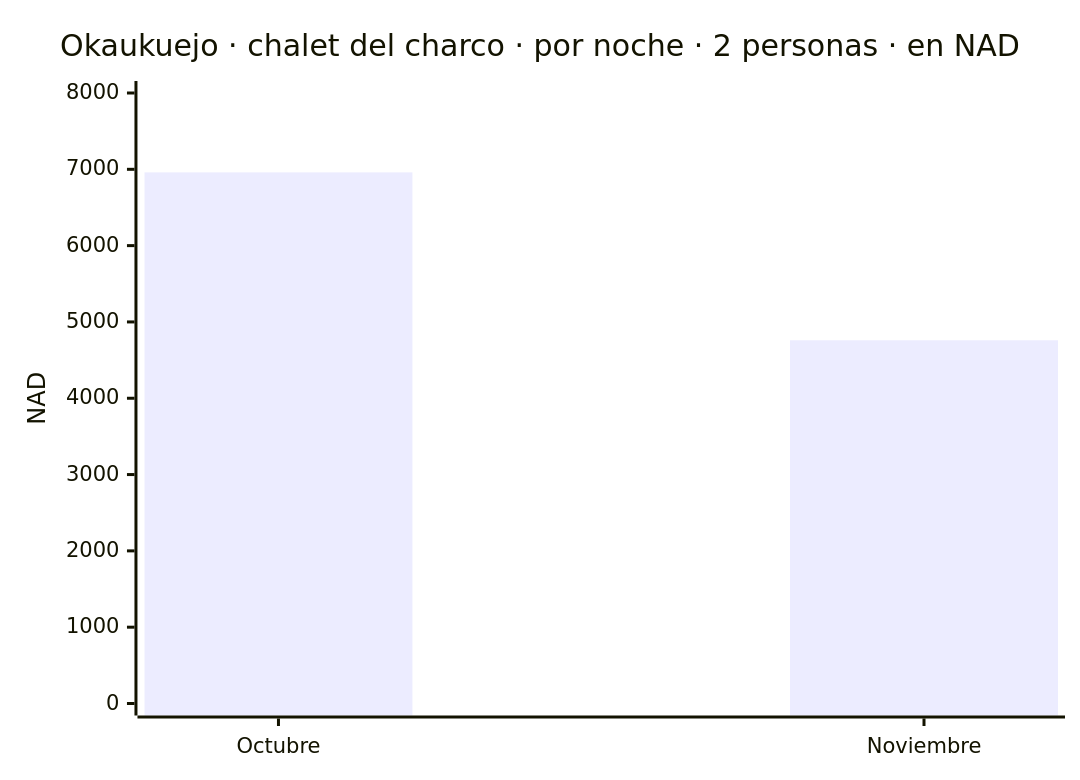
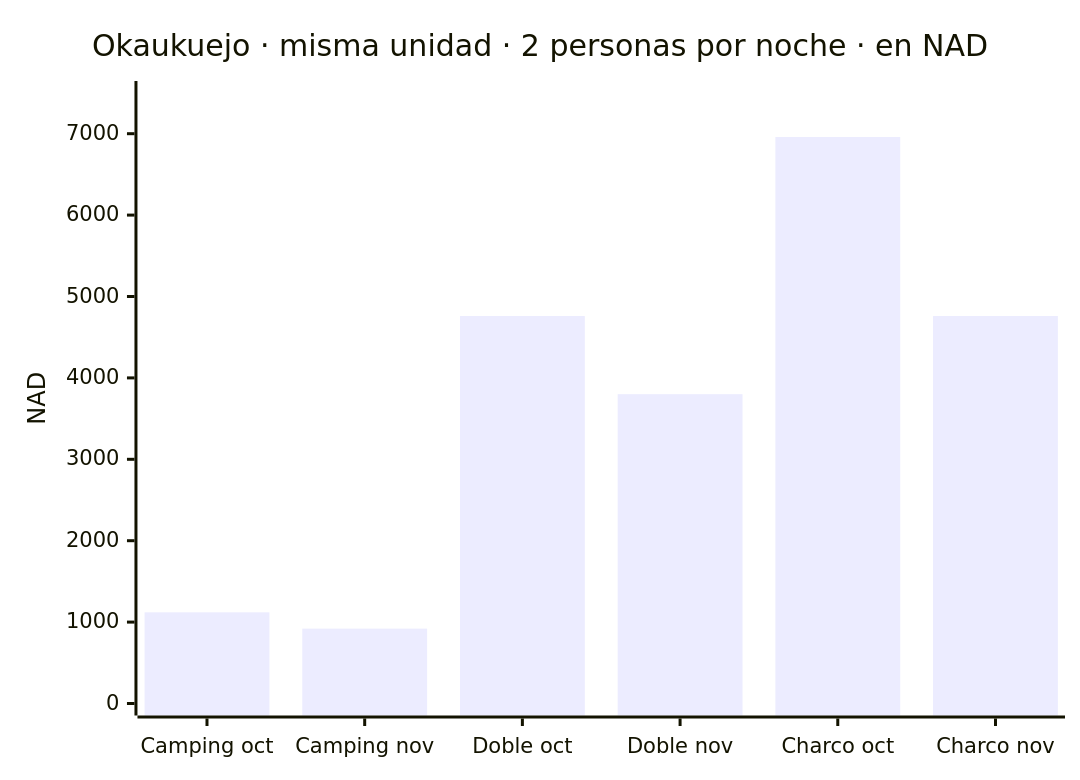
The third of 10 diagrams in README.md (morandeirachema/namibia), drawn with Mermaid before and after one commit. The commit also changed other lines of this file, not shown here.

````diff
--- a/README.md
+++ b/README.md
@@ -46,7 +77,7 @@
 ```mermaid
 xychart-beta
-    title "Okaukuejo · chalet del charco · por noche · 2 personas · en NAD"
-    x-axis ["Octubre", "Noviembre"]
-    y-axis "NAD" 0 --> 8000
-    bar [6960, 4760]
+    title "Okaukuejo · misma unidad · 2 personas por noche · en NAD"
+    x-axis ["Camping oct", "Camping nov", "Doble oct", "Doble nov", "Charco oct", "Charco nov"]
+    y-axis "NAD" 0 --> 7500
+    bar [1120, 920, 4760, 3800, 6960, 4760]
 ```
````
